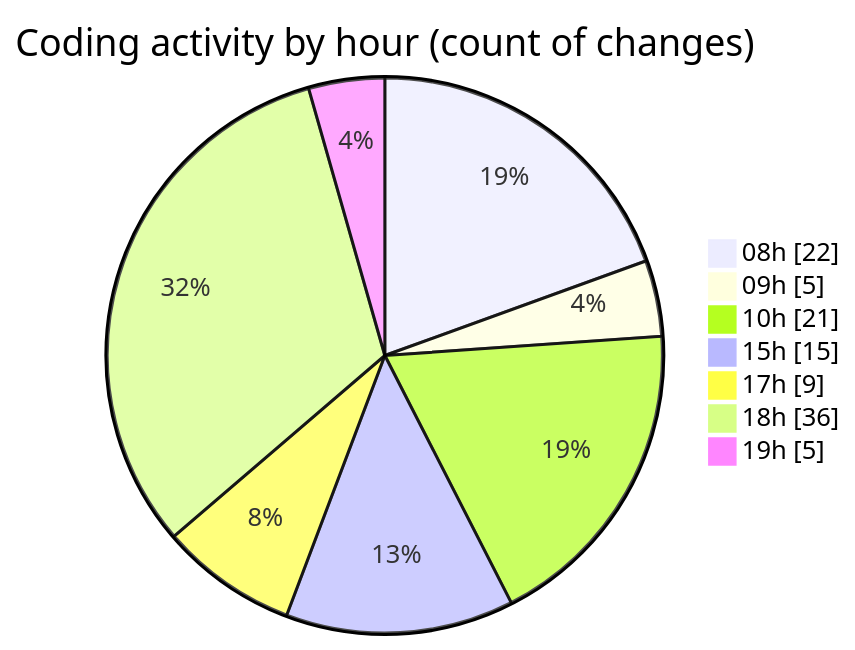
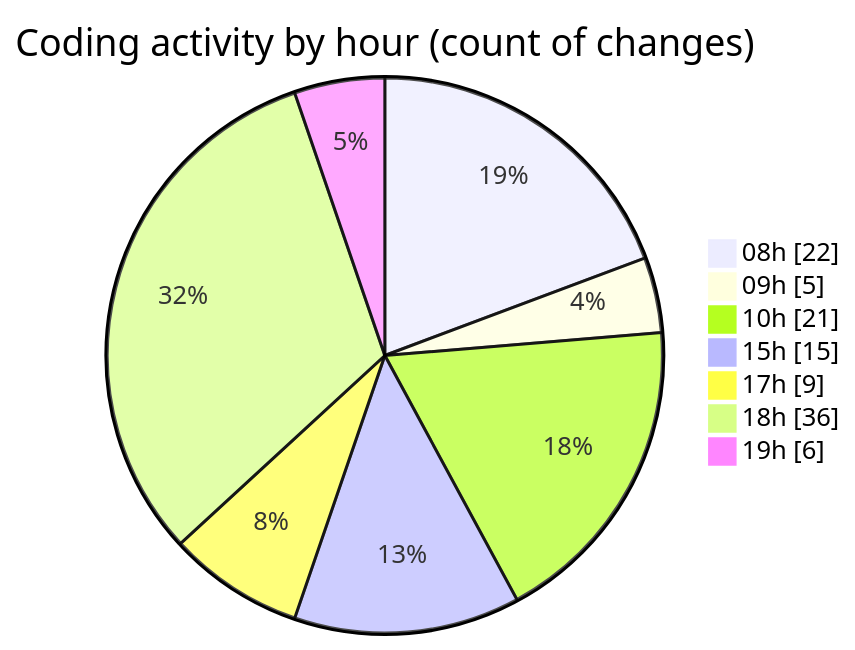
The second of 2 diagrams in 2025-02-17/mbc-web/README.md (robertbonfada/code-tracking), drawn with Mermaid before and after one commit. The commit also changed other lines of this file and 1 other file, not shown here.

````diff
--- a/2025-02-17/mbc-web/README.md
+++ b/2025-02-17/mbc-web/README.md
@@ -48,11 +48,11 @@
 ```mermaid
 pie showData
 title Coding activity by hour (count of changes)
 "08h" : 22
 "09h" : 5
 "10h" : 21
 "15h" : 15
 "17h" : 9
 "18h" : 36
-"19h" : 5
+"19h" : 6
 ```
````
